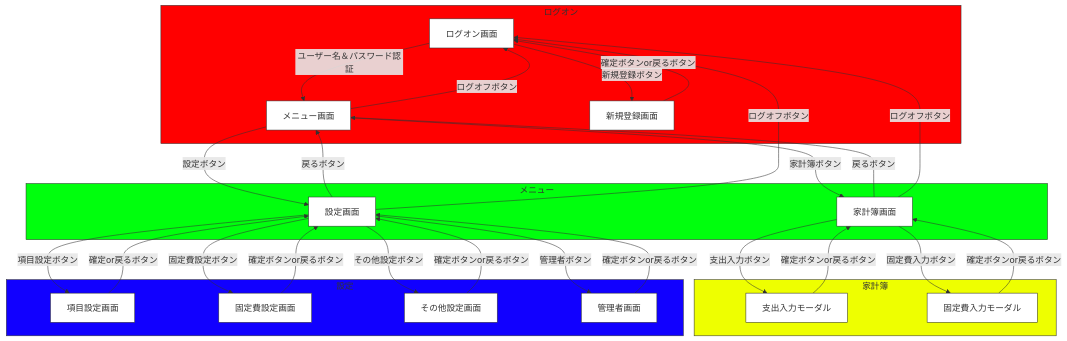
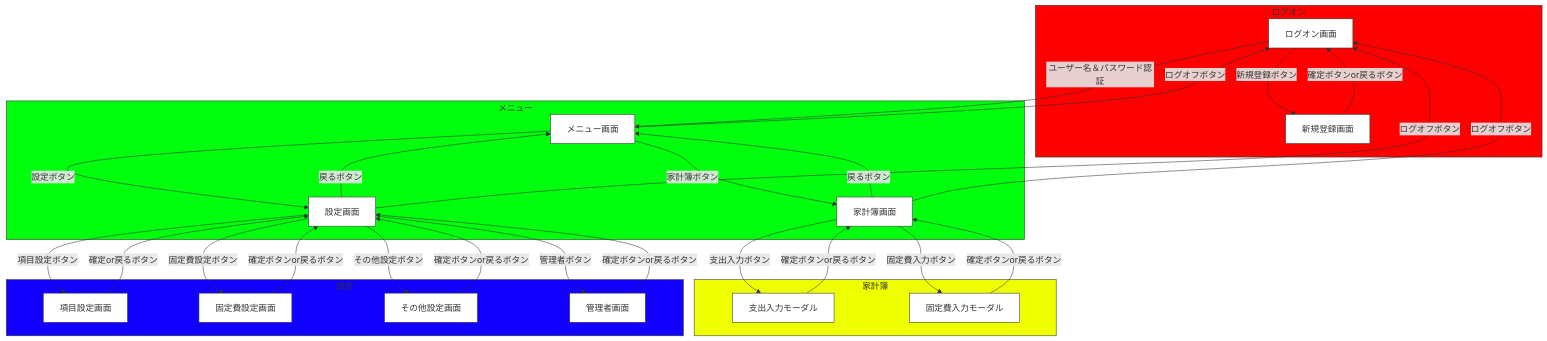
The diagram in docs/page_transition/page_transition.md (Mao1023/kakeibo_app), drawn with Mermaid before and after one commit.

Commit message:
20260512_3

````diff
--- a/docs/page_transition/page_transition.md
+++ b/docs/page_transition/page_transition.md
@@ -1,35 +1,34 @@
 ```mermaid
 
 graph TD
 
     classDef default fill: #fff,stroke: #333,stroke-width: 1px;
     style funcA fill: #ff0000,stroke: #333,stroke-width: 1px;
     style funcB fill: #00ff0d,stroke: #333,stroke-width: 1px;
     style funcC fill: #eeff00,stroke: #333,stroke-width: 1px;
     style funcD fill: #1100ff,stroke: #333,stroke-width: 1px;
 
     subgraph funcA [ログオン]
-        ログオン画面--ユーザー名＆パスワード認証-->メニュー画面
         ログオン画面--新規登録ボタン-->新規登録画面--確定ボタンor戻るボタン-->ログオン画面
     end
 
     subgraph funcB [メニュー]
         メニュー画面--家計簿ボタン-->家計簿画面--戻るボタン-->メニュー画面
         メニュー画面--設定ボタン-->設定画面--戻るボタン-->メニュー画面
-        メニュー画面--ログオフボタン-->ログオン画面
+        ログオン画面--ユーザー名＆パスワード認証-->メニュー画面--ログオフボタン-->ログオン画面
     end
 
     subgraph funcC [家計簿]
         家計簿画面--支出入力ボタン-->支出入力モーダル--確定ボタンor戻るボタン-->家計簿画面
         家計簿画面--固定費入力ボタン-->固定費入力モーダル--確定ボタンor戻るボタン-->家計簿画面
         家計簿画面--ログオフボタン-->ログオン画面
     end
 
     subgraph funcD [設定]
         設定画面--項目設定ボタン-->項目設定画面--確定or戻るボタン-->設定画面
         設定画面--固定費設定ボタン-->固定費設定画面--確定ボタンor戻るボタン-->設定画面
         設定画面--その他設定ボタン-->その他設定画面--確定ボタンor戻るボタン-->設定画面
         設定画面--管理者ボタン-->管理者画面--確定ボタンor戻るボタン-->設定画面
         設定画面--ログオフボタン-->ログオン画面
     end
 ```
````
